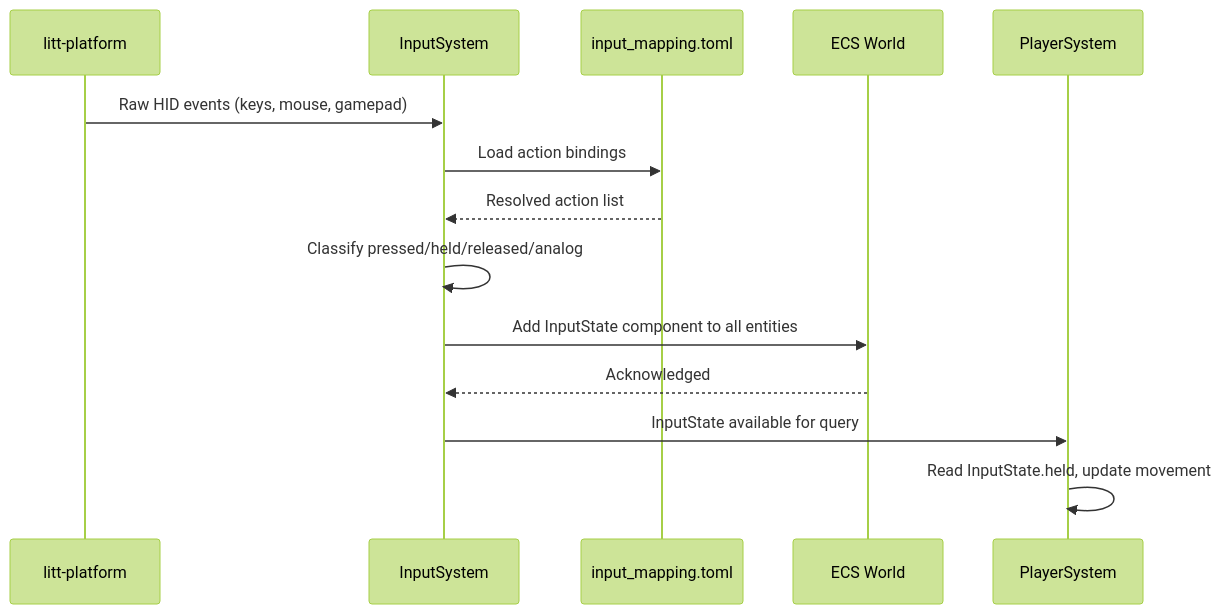
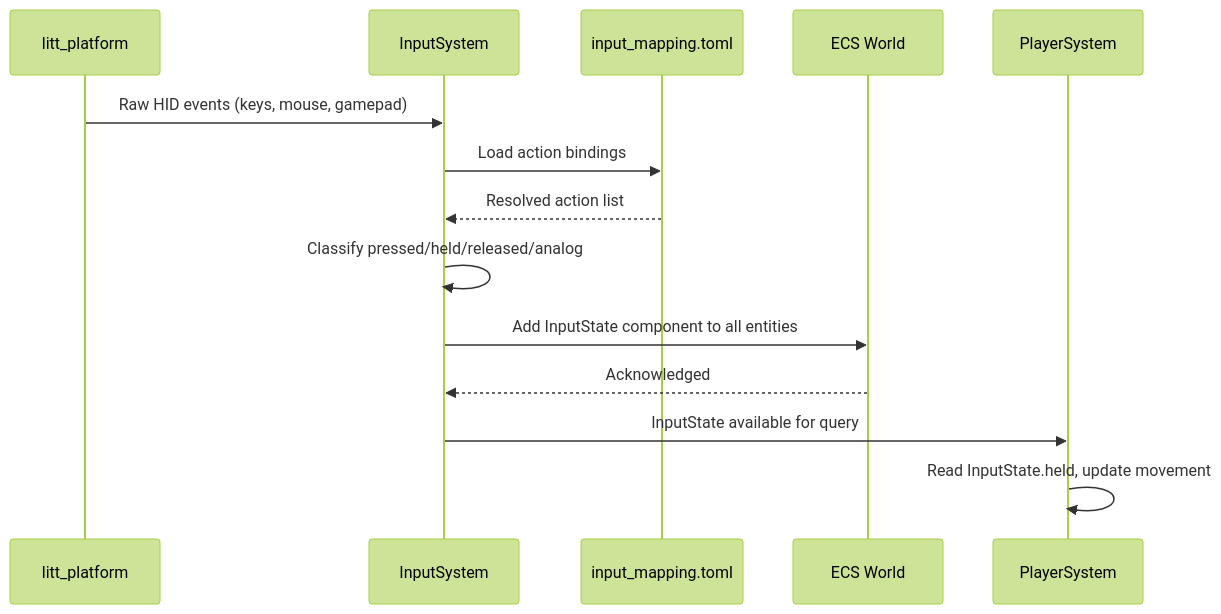
The diagram in docs/input/input-system.md (korewa-dev/litt-engine), drawn with Mermaid (forest theme) before and after one commit. The commit also changed other lines of this file and 40 other files, not shown here.

````diff
--- a/docs/input/input-system.md
+++ b/docs/input/input-system.md
@@ -121,17 +121,17 @@
 ```mermaid
 sequenceDiagram
-    participant Platform as litt-platform
+    participant Platform as litt_platform
     participant InputSys as InputSystem
     participant Map as input_mapping.toml
     participant World as ECS World
     participant Player as PlayerSystem
 
     Platform->>InputSys: Raw HID events (keys, mouse, gamepad)
     InputSys->>Map: Load action bindings
     Map-->>InputSys: Resolved action list
     InputSys->>InputSys: Classify pressed/held/released/analog
     InputSys->>World: Add InputState component to all entities
     World-->>InputSys: Acknowledged
     InputSys->>Player: InputState available for query
     Player->>Player: Read InputState.held, update movement
 ```
````
